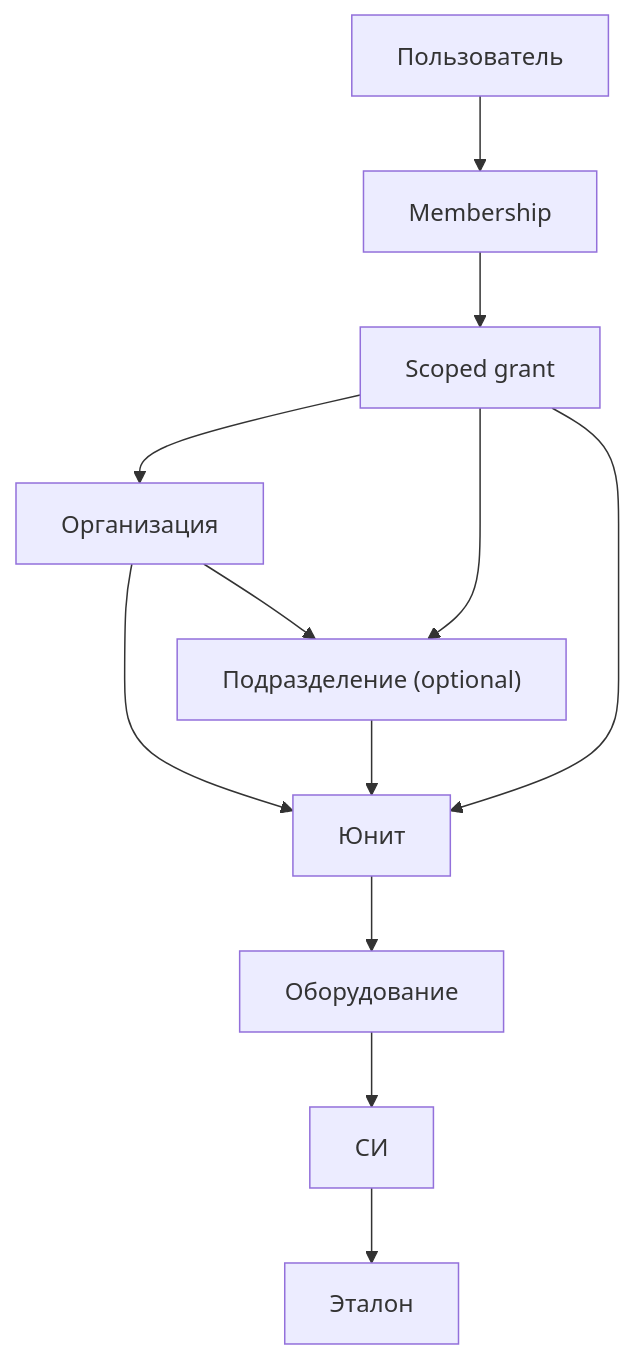
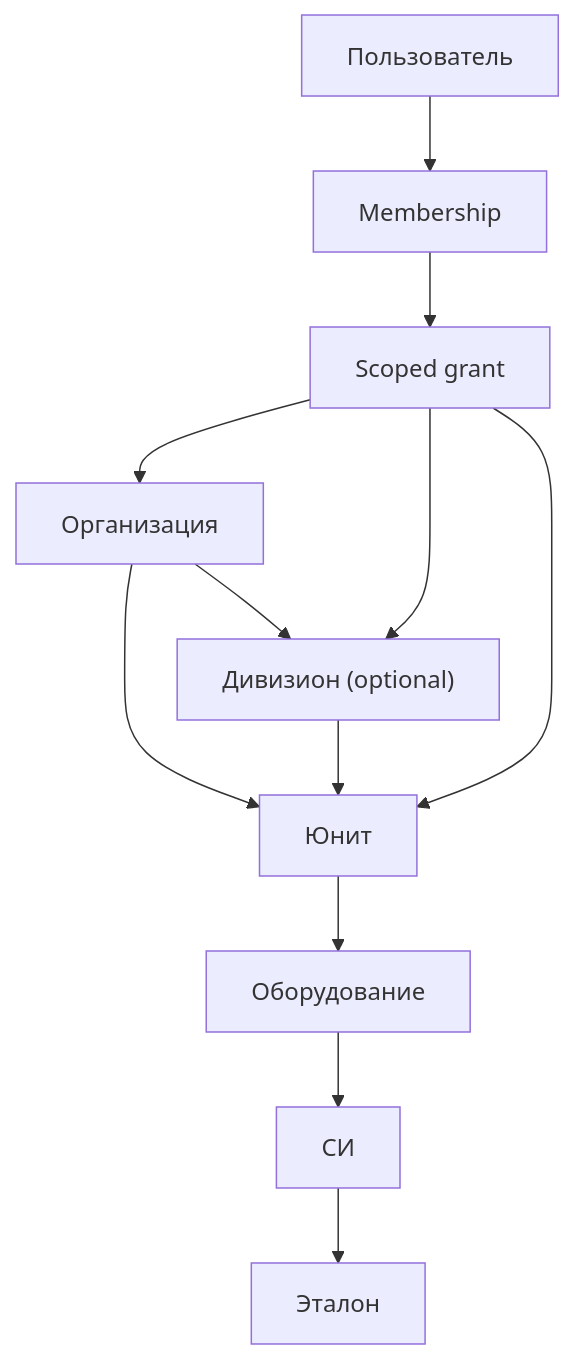
Before and after one commit to vrk-app/vrk: the seventh of 7 diagrams in docs/design/customer-admin-bootstrap-flow.md, drawn with Mermaid. The commit also changed other lines of this file and 127 other files, not shown here.

````diff
--- a/docs/design/customer-admin-bootstrap-flow.md
+++ b/docs/design/customer-admin-bootstrap-flow.md
@@ -239,14 +239,14 @@
 ```mermaid
 flowchart TD
-    A["Организация"] --> B["Подразделение (optional)"]
+    A["Организация"] --> B["Дивизион (optional)"]
     A --> C["Юнит"]
     B --> C
     C --> D["Оборудование"]
     D --> E["СИ"]
     E --> F["Эталон"]
     U["Пользователь"] --> M["Membership"]
     M --> G["Scoped grant"]
     G --> A
     G --> B
     G --> C
 ```
````
